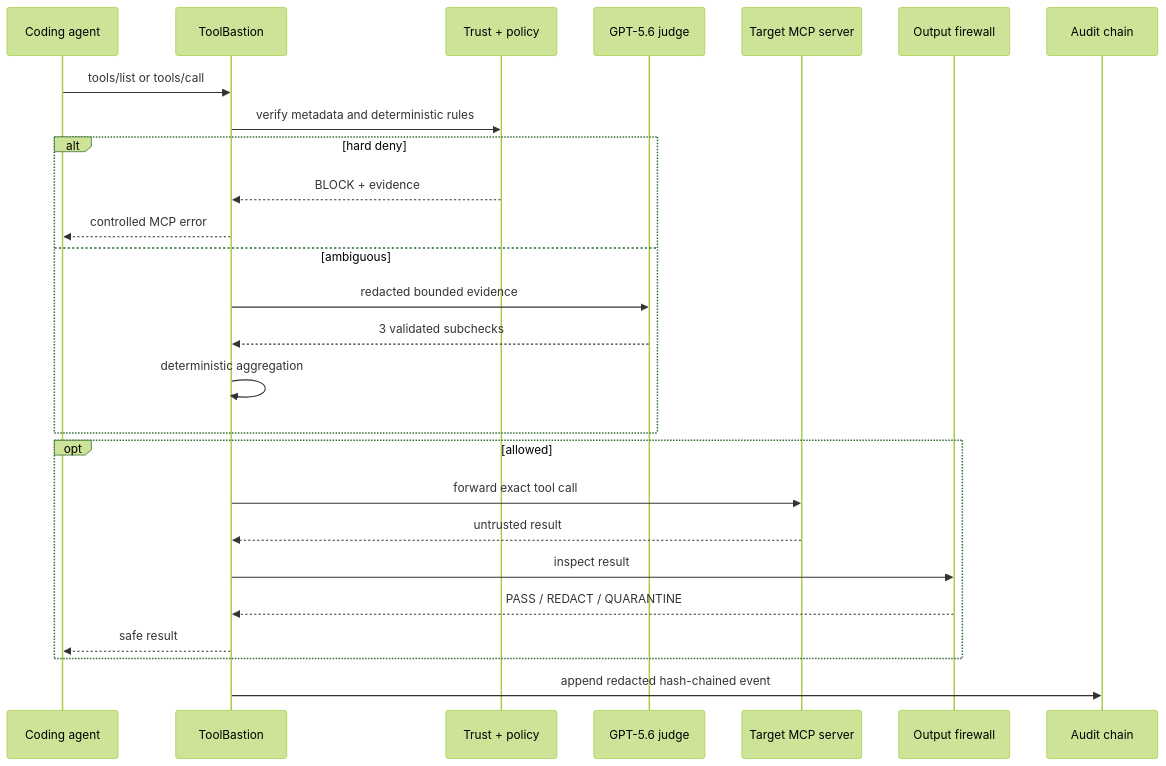
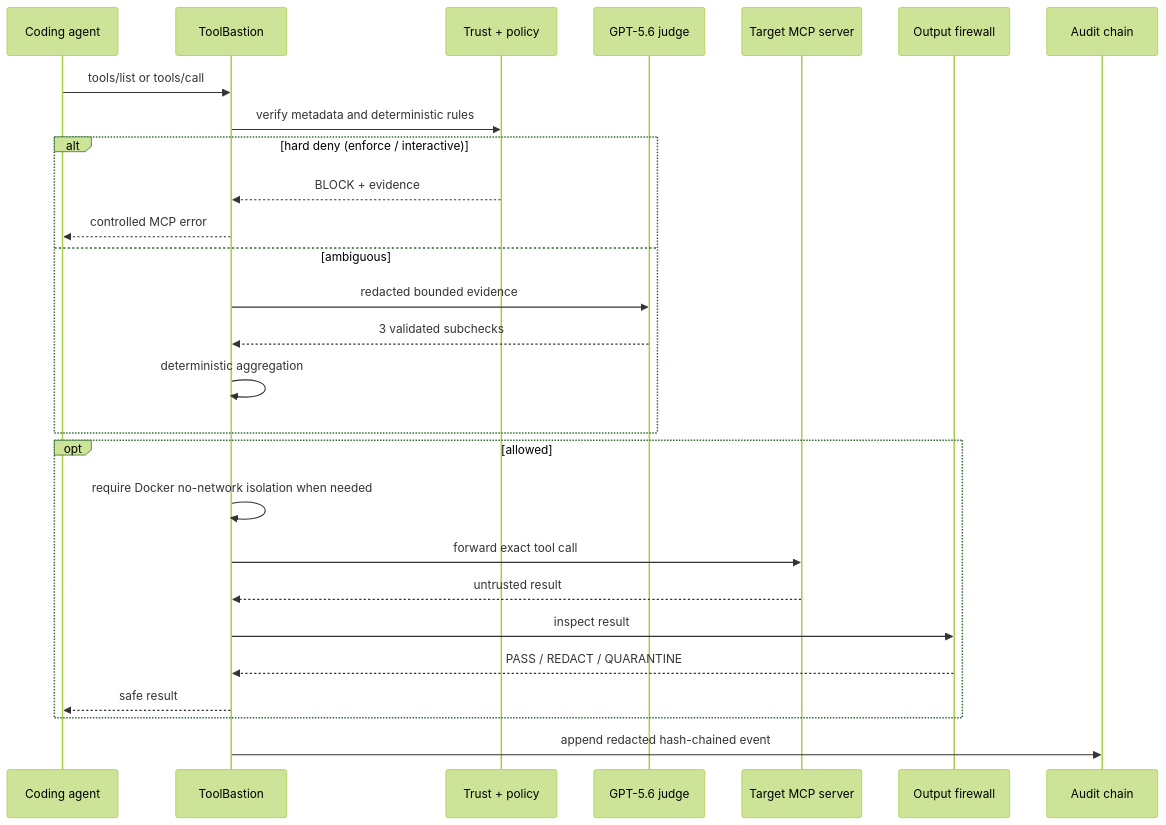
The first of 2 diagrams in docs/architecture.md (MaharMuavia/toolbastion), drawn with Mermaid (forest theme) before and after one commit. The commit also changed other lines of this file and 66 other files, not shown here.

````diff
--- a/docs/architecture.md
+++ b/docs/architecture.md
@@ -7,28 +7,29 @@
 ```mermaid
 sequenceDiagram
   participant Agent as Coding agent
   participant ToolBastion as ToolBastion
   participant Trust as Trust + policy
   participant Judge as GPT-5.6 judge
   participant Target as Target MCP server
   participant Output as Output firewall
   participant Audit as Audit chain
   Agent->>ToolBastion: tools/list or tools/call
   ToolBastion->>Trust: verify metadata and deterministic rules
-  alt hard deny
+  alt hard deny (enforce / interactive)
     Trust-->>ToolBastion: BLOCK + evidence
     ToolBastion-->>Agent: controlled MCP error
   else ambiguous
     ToolBastion->>Judge: redacted bounded evidence
     Judge-->>ToolBastion: 3 validated subchecks
     ToolBastion->>ToolBastion: deterministic aggregation
   end
   opt allowed
+    ToolBastion->>ToolBastion: require Docker no-network isolation when needed
     ToolBastion->>Target: forward exact tool call
     Target-->>ToolBastion: untrusted result
     ToolBastion->>Output: inspect result
     Output-->>ToolBastion: PASS / REDACT / QUARANTINE
     ToolBastion-->>Agent: safe result
   end
   ToolBastion->>Audit: append redacted hash-chained event
 ```
````
